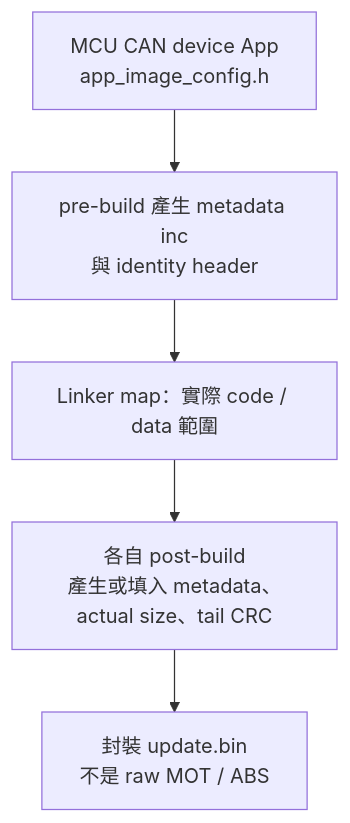
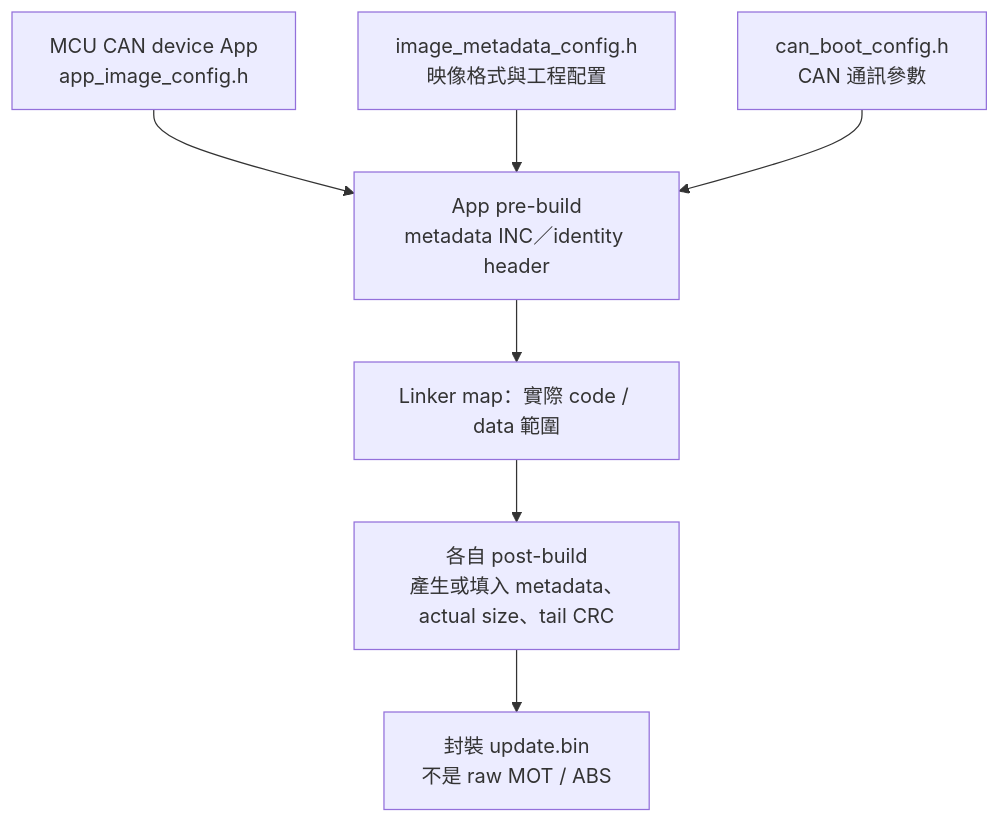
Before and after one commit to released/slide_boot_loader_for_RL78: the fourth of 9 diagrams in index.md, drawn with Mermaid. The commit also changed other lines of this file and 3 other files, not shown here.

````diff
--- a/index.md
+++ b/index.md
@@ -380,7 +394,9 @@
 ```mermaid
 flowchart TD
-    CONFIG["MCU CAN device App<br/>app_image_config.h"] --> PRE["pre-build 產生 metadata inc<br/>與 identity header"]
+    CONFIG["MCU CAN device App<br/>app_image_config.h"] --> PRE["App pre-build<br/>metadata INC／identity header"]
+    IMAGE["image_metadata_config.h<br/>映像格式與工程配置"] --> PRE
+    CANCFG["can_boot_config.h<br/>CAN 通訊參數"] --> PRE
     PRE --> LINK["Linker map：實際 code / data 範圍"]
     LINK --> PACK["各自 post-build<br/>產生或填入 metadata、actual size、tail CRC"]
     PACK --> BIN["封裝 update.bin<br/>不是 raw MOT / ABS"]
 ```
````
